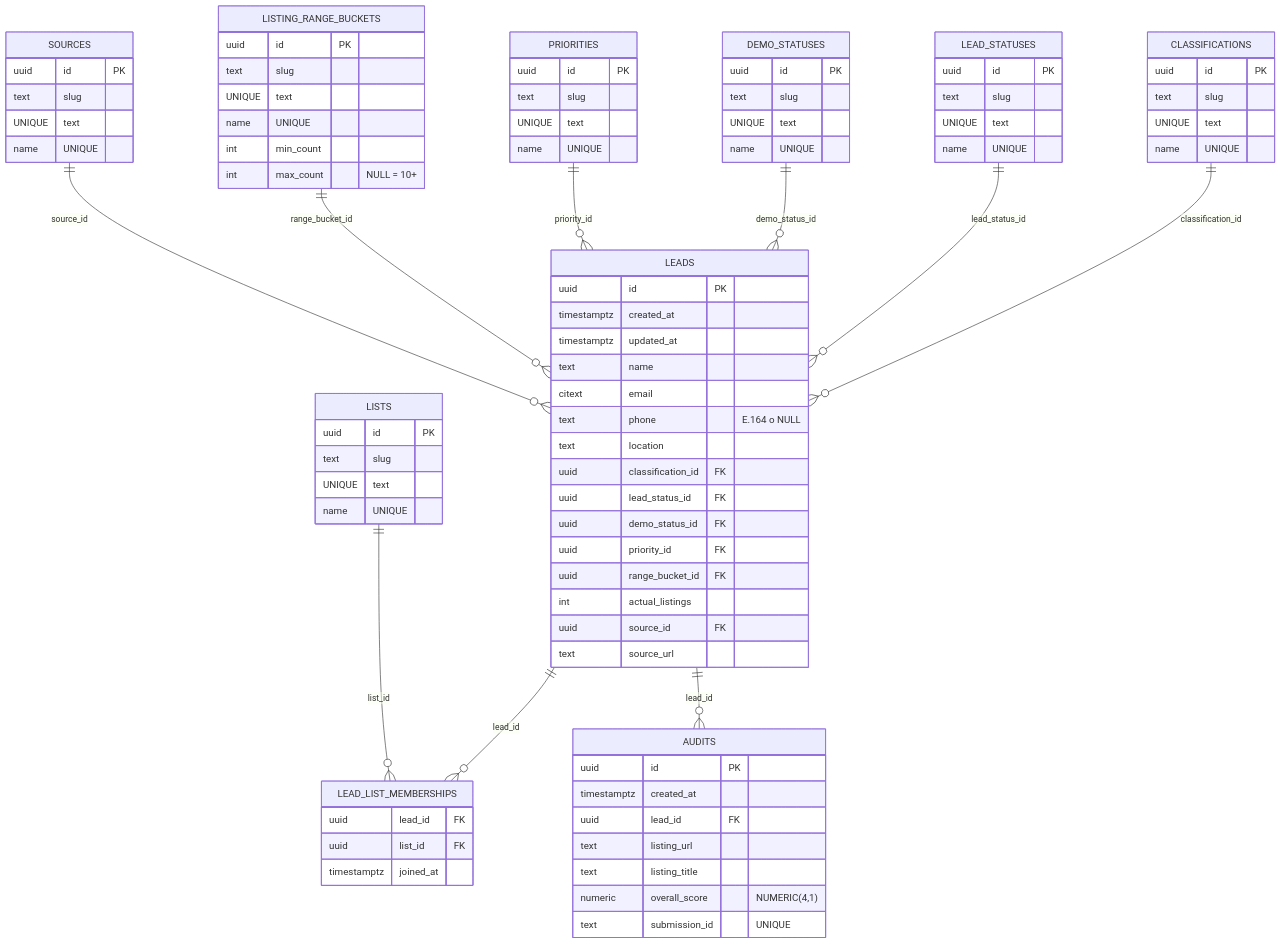
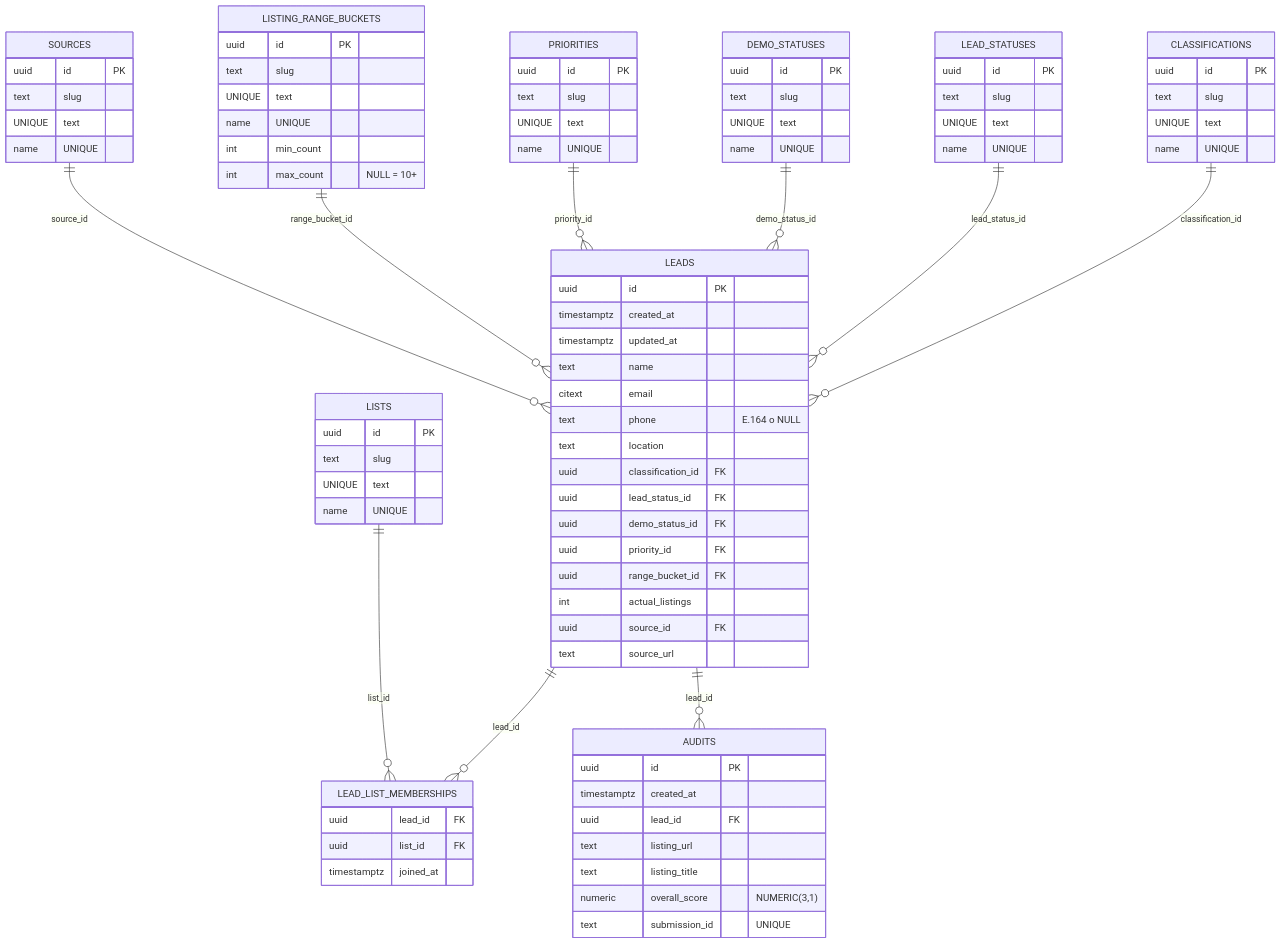
The diagram in db/schema.mmd (Hospitri/AI-Audit-Agent), drawn with Mermaid before and after one commit. The commit also changed 1 other file, not shown here.

Commit message:
Fix: Score constraint

```diff
--- a/db/schema.mmd
+++ b/db/schema.mmd
@@ -1,90 +1,82 @@
 erDiagram
   CLASSIFICATIONS ||--o{ LEADS : "classification_id"
   LEAD_STATUSES   ||--o{ LEADS : "lead_status_id"
   DEMO_STATUSES   ||--o{ LEADS : "demo_status_id"
   PRIORITIES      ||--o{ LEADS : "priority_id"
   LISTING_RANGE_BUCKETS ||--o{ LEADS : "range_bucket_id"
   SOURCES         ||--o{ LEADS : "source_id"
-
   LEADS           ||--o{ LEAD_LIST_MEMBERSHIPS : "lead_id"
   LISTS           ||--o{ LEAD_LIST_MEMBERSHIPS : "list_id"
-
   LEADS           ||--o{ AUDITS : "lead_id"
 
   CLASSIFICATIONS {
     uuid id PK
     text slug UNIQUE
     text name UNIQUE
   }
-
   LEAD_STATUSES {
     uuid id PK
     text slug UNIQUE
     text name UNIQUE
   }
-
   DEMO_STATUSES {
     uuid id PK
     text slug UNIQUE
     text name UNIQUE
   }
-
   PRIORITIES {
     uuid id PK
     text slug UNIQUE
     text name UNIQUE
   }
-
   SOURCES {
     uuid id PK
     text slug UNIQUE
     text name UNIQUE
   }
-
   LISTS {
     uuid id PK
     text slug UNIQUE
     text name UNIQUE
   }
-
   LISTING_RANGE_BUCKETS {
     uuid id PK
     text slug UNIQUE
     text name UNIQUE
     int  min_count
     int  max_count  "NULL = 10+"
   }
 
   LEADS {
     uuid        id PK
     timestamptz created_at
     timestamptz updated_at
     text        name
     citext      email
     text        phone        "E.164 o NULL"
     text        location
     uuid        classification_id FK
     uuid        lead_status_id FK
     uuid        demo_status_id FK
     uuid        priority_id FK
     uuid        range_bucket_id FK
     int         actual_listings
     uuid        source_id FK
     text        source_url
   }
 
   LEAD_LIST_MEMBERSHIPS {
     uuid        lead_id FK
     uuid        list_id FK
     timestamptz joined_at
   }
 
   AUDITS {
     uuid        id PK
     timestamptz created_at
     uuid        lead_id FK
     text        listing_url
     text        listing_title
-    numeric     overall_score  "NUMERIC(4,1)"
+    numeric     overall_score  "NUMERIC(3,1)"
     text        submission_id  "UNIQUE"
   }
```
